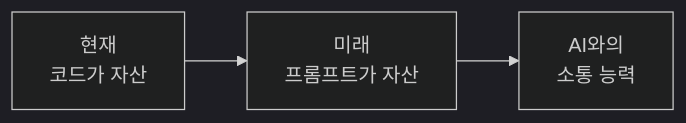
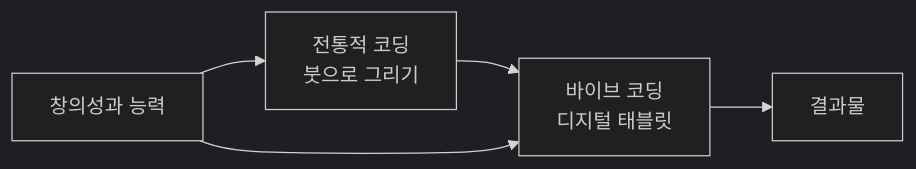
The fourth of 4 diagrams in _md/essentials-vibecoding/chapter01/01-5.md (nugurejeil/weniVooks), drawn with Mermaid (dark theme) before and after one commit. The commit also changed other lines of this file and 5 other files, not shown here.

````diff
--- a/_md/essentials-vibecoding/chapter01/01-5.md
+++ b/_md/essentials-vibecoding/chapter01/01-5.md
@@ -156,5 +120,7 @@
 ```mermaid
 flowchart LR
-    A["현재<br/>코드가 자산"] --> B["미래<br/>프롬프트가 자산"]
-    B --> C["AI와의<br/>소통 능력"]
+    A["전통적 코딩<br/>붓으로 그리기"] --> B["바이브 코딩<br/>디지털 태블릿"]
+    B --> C["결과물"]
+    D["창의성과 능력"] --> A
+    D --> B
 ```
````
